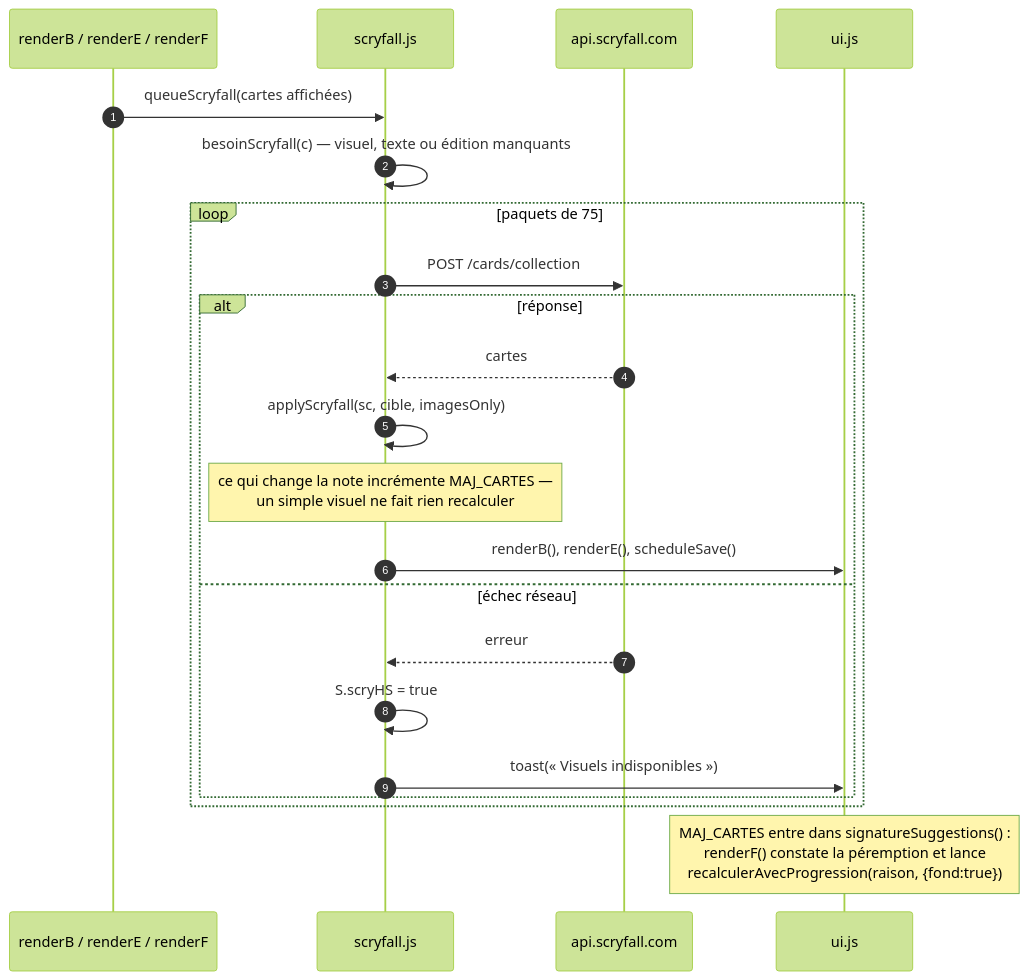
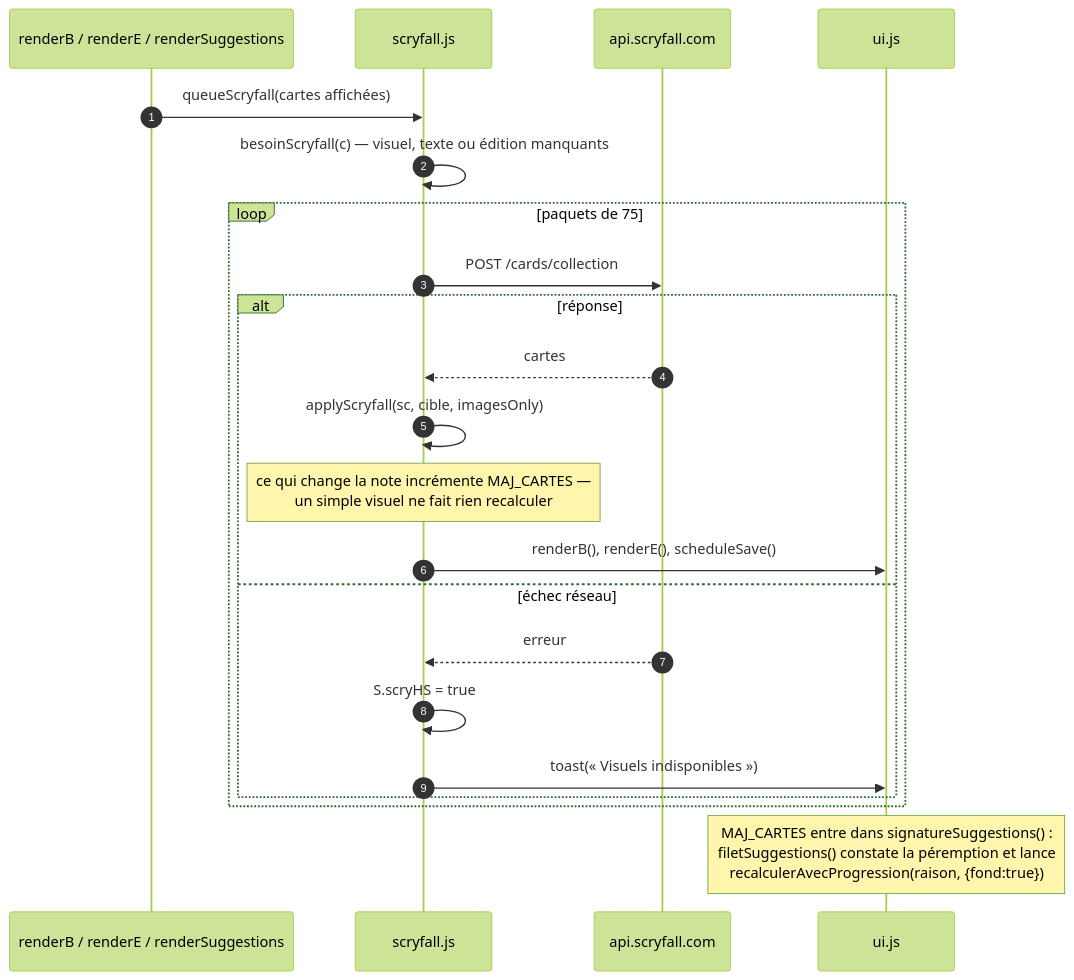
The tenth of 13 diagrams in PARCOURS.md (HJoudrier/MtgDeckBuilder_v3), drawn with Mermaid (forest theme) before and after one commit. The commit also changed other lines of this file and 11 other files, not shown here.

````diff
--- a/PARCOURS.md
+++ b/PARCOURS.md
@@ -423,25 +425,25 @@
 ```mermaid
 sequenceDiagram
     autonumber
-    participant SEC as renderB / renderE / renderF
+    participant SEC as renderB / renderE / renderSuggestions
     participant SCRY as scryfall.js
     participant API as api.scryfall.com
     participant UI as ui.js
 
     SEC->>SCRY: queueScryfall(cartes affichées)
     SCRY->>SCRY: besoinScryfall(c) — visuel, texte ou édition manquants
     loop paquets de 75
         SCRY->>API: POST /cards/collection
         alt réponse
             API-->>SCRY: cartes
             SCRY->>SCRY: applyScryfall(sc, cible, imagesOnly)
             Note over SCRY: ce qui change la note incrémente MAJ_CARTES —<br/>un simple visuel ne fait rien recalculer
             SCRY->>UI: renderB(), renderE(), scheduleSave()
         else échec réseau
             API-->>SCRY: erreur
             SCRY->>SCRY: S.scryHS = true
             SCRY->>UI: toast(« Visuels indisponibles »)
         end
     end
-    Note over UI: MAJ_CARTES entre dans signatureSuggestions() :<br/>renderF() constate la péremption et lance<br/>recalculerAvecProgression(raison, {fond:true})
+    Note over UI: MAJ_CARTES entre dans signatureSuggestions() :<br/>filetSuggestions() constate la péremption et lance<br/>recalculerAvecProgression(raison, {fond:true})
 ```
````
